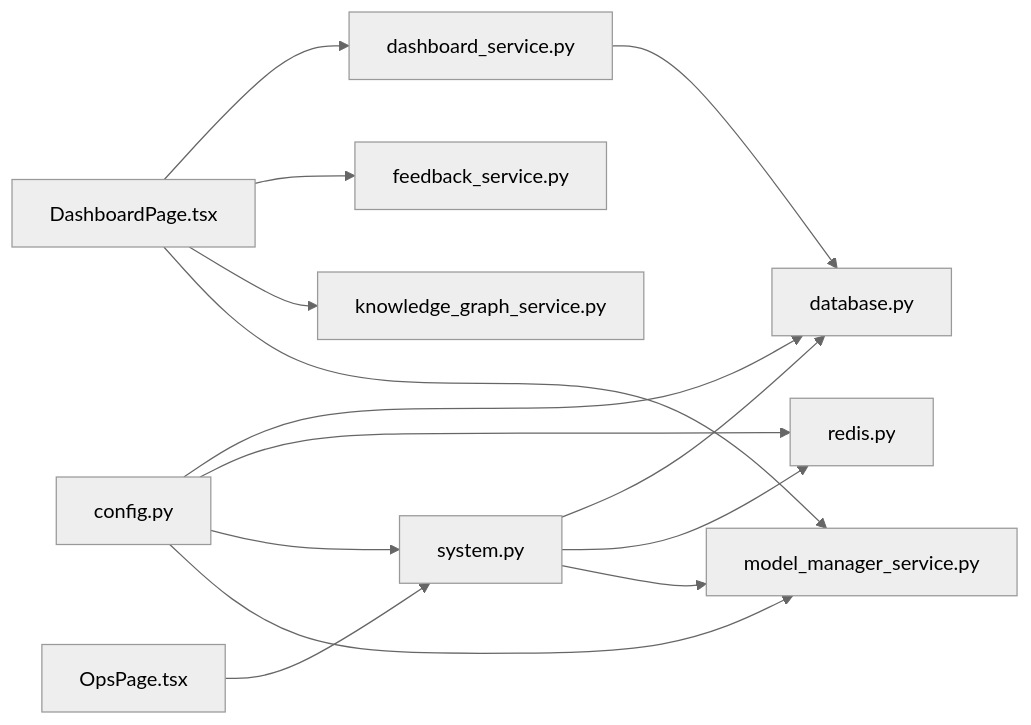
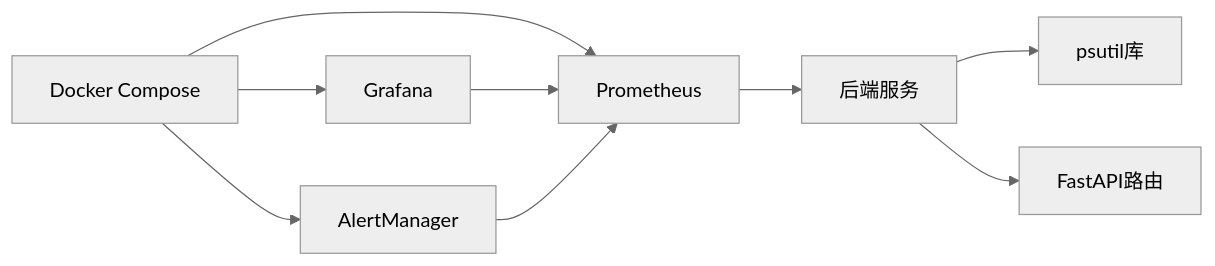
Before and after one commit to dream-ze/AI_huoke-: the eighth of 8 diagrams in .qoder/repowiki/zh/content/系统管理/监控告警系统.md, drawn with Mermaid (neutral theme). The commit also changed other lines of this file and 95 other files, not shown here.

````diff
--- a/.qoder/repowiki/zh/content/系统管理/监控告警系统.md
+++ b/.qoder/repowiki/zh/content/系统管理/监控告警系统.md
@@ -527,16 +470,11 @@
 ```mermaid
 graph LR
-CFG["config.py"] --> DB["database.py"]
-CFG --> RDS["redis.py"]
-CFG --> SYS["system.py"]
-CFG --> MODEL["model_manager_service.py"]
-SYS --> DB
-SYS --> RDS
-SYS --> MODEL
-OPS["OpsPage.tsx"] --> SYS
-DASH["DashboardPage.tsx"] --> DSHSVC["dashboard_service.py"]
-DASH --> FEEDBACK["feedback_service.py"]
-DASH --> GRAPH["knowledge_graph_service.py"]
-DASH --> MODEL
-DSHSVC --> DB
+DOCKER["Docker Compose"] --> PROM["Prometheus"]
+DOCKER --> GRAF["Grafana"]
+DOCKER --> ALERT["AlertManager"]
+PROM --> BACKEND["后端服务"]
+GRAF --> PROM
+ALERT --> PROM
+BACKEND --> PSUTIL["psutil库"]
+BACKEND --> FASTAPI["FastAPI路由"]
 ```
````
